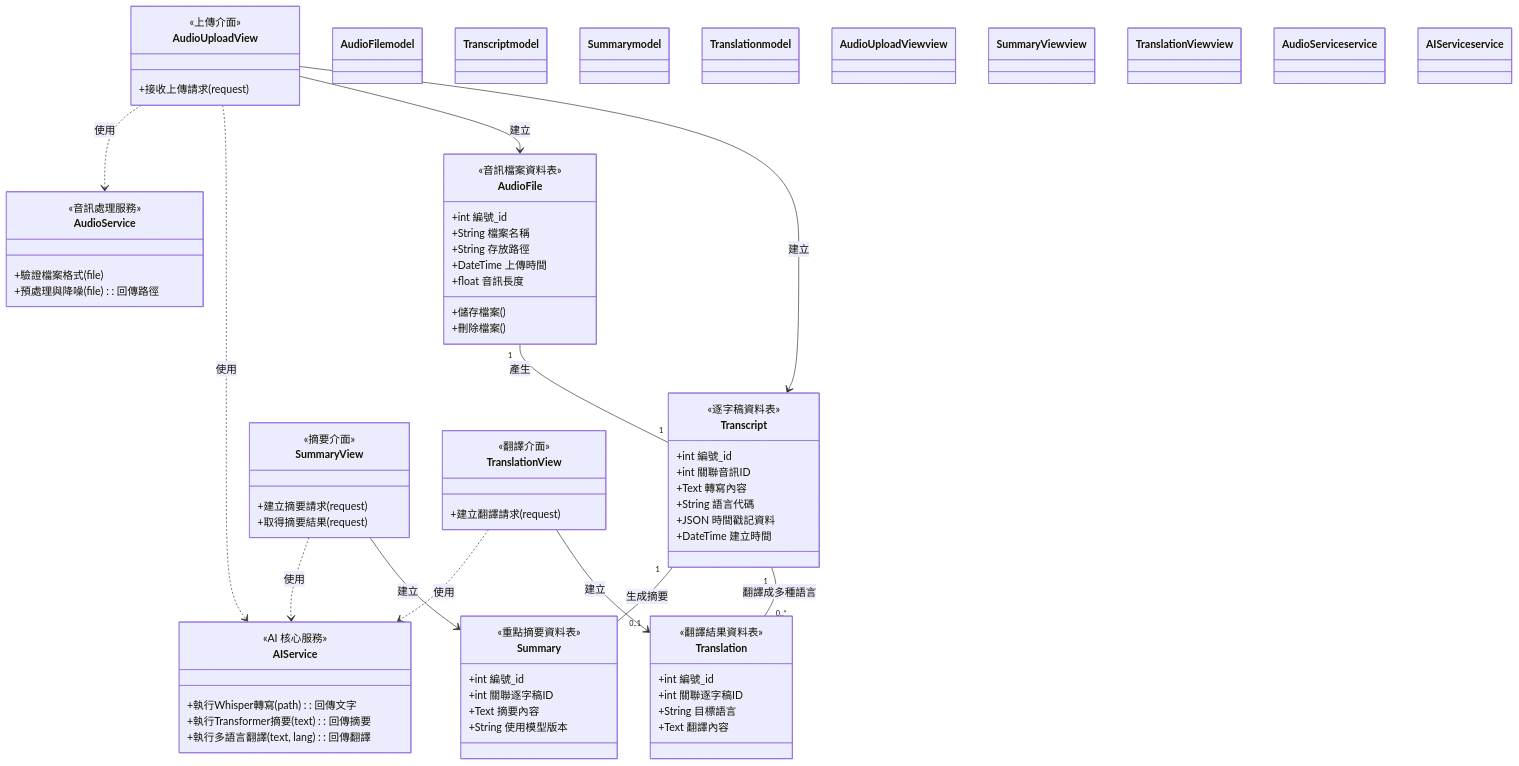
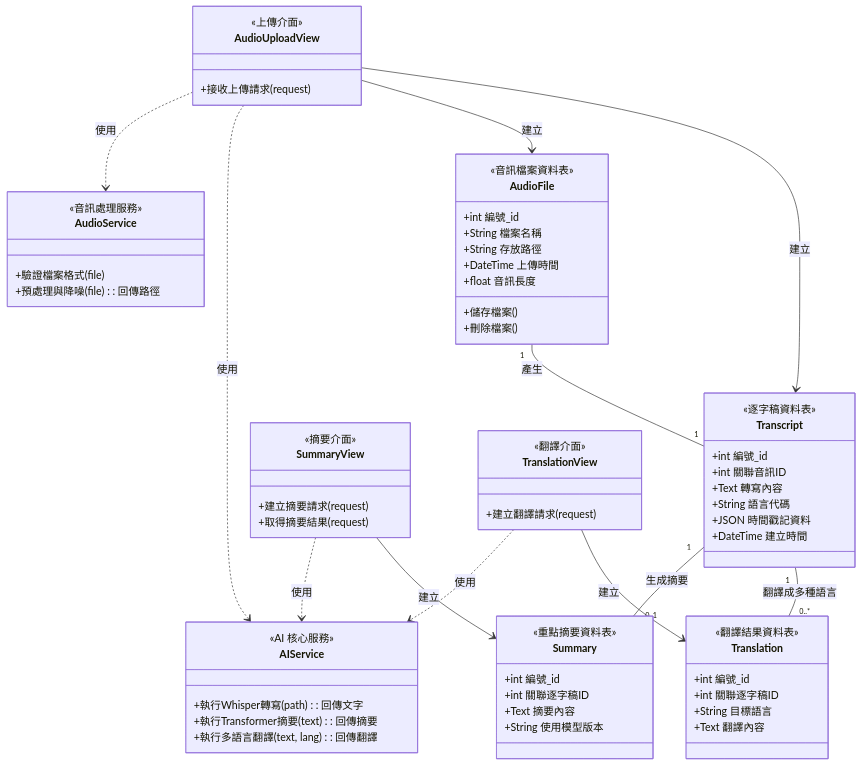
One commit to shu498/SASDteam3 changed the first of 7 diagrams in hw5.md. Above: the diagram before and after it, drawn with Mermaid. The commit also changed other lines of this file, not shown here.

````diff
--- a/hw5.md
+++ b/hw5.md
@@ -92,17 +92,4 @@
     AudioUploadView --> Transcript : 建立
     SummaryView --> Summary : 建立
     TranslationView --> Translation : 建立
-
-    %% --- 套用樣式 (改為逐行設定以避免錯誤) ---
-    class AudioFile model
-    class Transcript model
-    class Summary model
-    class Translation model
-    
-    class AudioUploadView view
-    class SummaryView view
-    class TranslationView view
-    
-    class AudioService service
-    class AIService service
 ```
````
